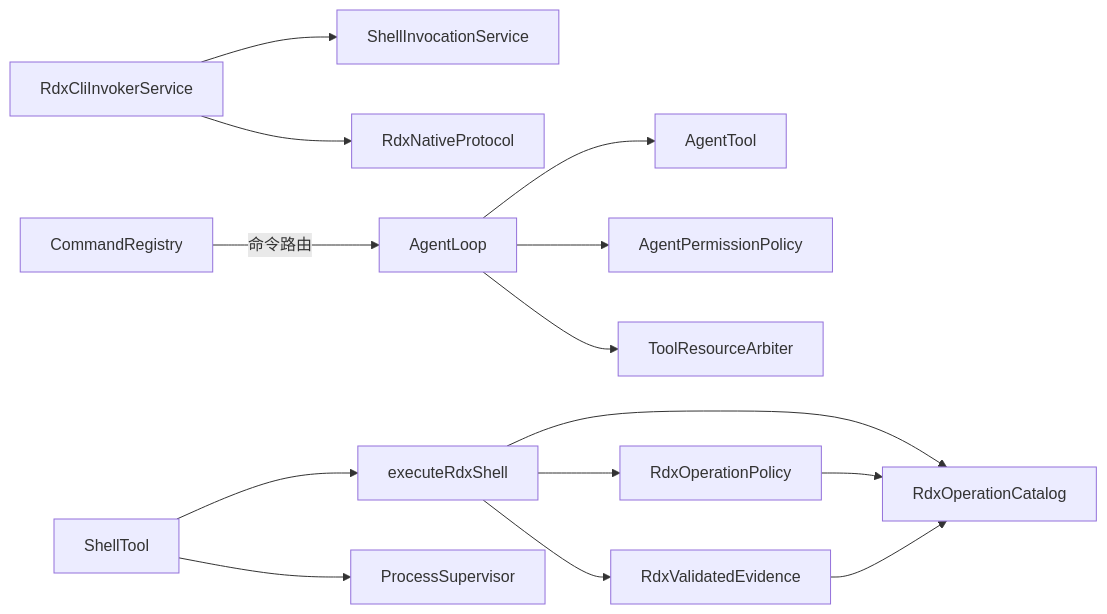
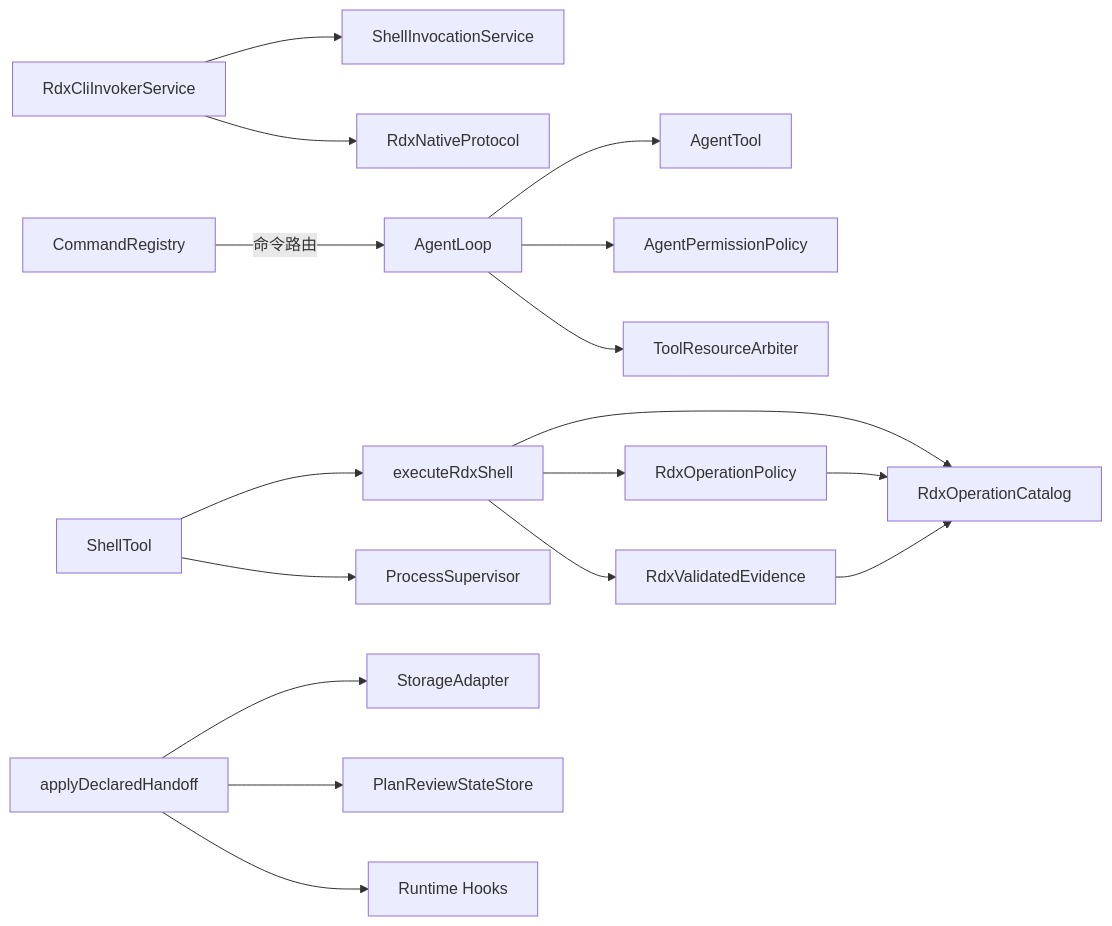
Diagram 16 of 16 in .qoder/repowiki/zh/content/核心模块/工具系统/工具系统.md (haolange/RDC-Agent), drawn with Mermaid before and after one commit. The commit also changed other lines of this file and 90 other files, not shown here.

````diff
--- a/.qoder/repowiki/zh/content/核心模块/工具系统/工具系统.md
+++ b/.qoder/repowiki/zh/content/核心模块/工具系统/工具系统.md
@@ -583,16 +641,19 @@
 ```mermaid
 graph LR
 RL["RdxCliInvokerService"] --> SI["ShellInvocationService"]
 RL --> RP["RdxNativeProtocol"]
 AL["AgentLoop"] --> AT["AgentTool"]
 AL --> AP["AgentPermissionPolicy"]
 AL --> TR["ToolResourceArbiter"]
 ST["ShellTool"] --> ER["executeRdxShell"]
 ST --> PS["ProcessSupervisor"]
 CR["CommandRegistry"] --> |"命令路由"| AL
+ADH["applyDeclaredHandoff"] --> SA["StorageAdapter"]
+ADH --> PRSS["PlanReviewStateStore"]
+ADH --> RH["Runtime Hooks"]
 ER --> RC["RdxOperationCatalog"]
 ER --> OP["RdxOperationPolicy"]
 ER --> EV["RdxValidatedEvidence"]
 OP --> RC
 EV --> RC
 ```
````
